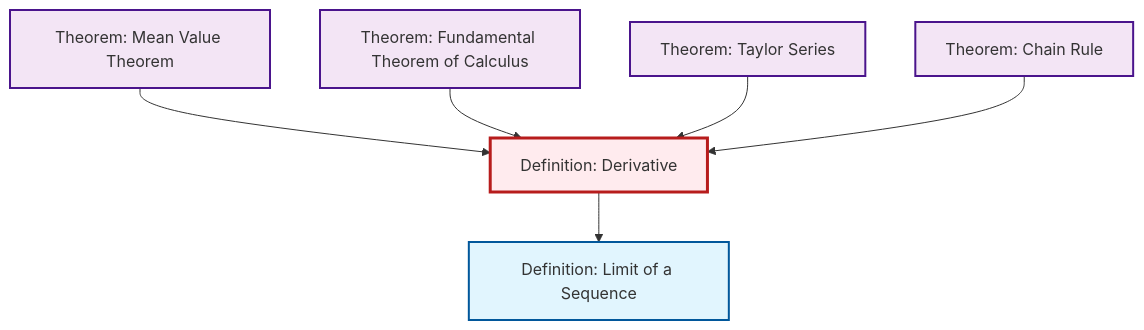
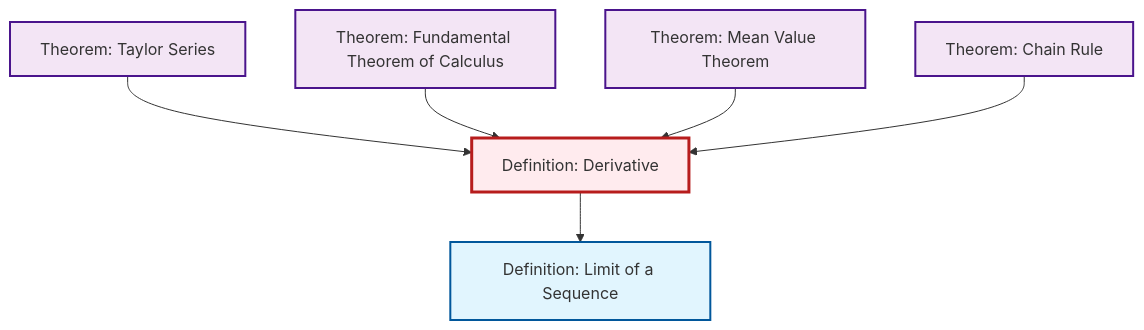
One commit to RK0429/ModernMath changed the second of 2 diagrams in content/ja/analysis/def-derivative.qmd. Above: the diagram before and after it, drawn with Mermaid. The commit also changed other lines of this file and 554 other files, not shown here.

````diff
--- a/content/ja/analysis/def-derivative.qmd
+++ b/content/ja/analysis/def-derivative.qmd
@@ -89,26 +89,26 @@
 ```{mermaid}
 %%| fig-cap: "Local dependency graph"
 graph TD
     classDef definition fill:#e1f5fe,stroke:#01579b,stroke-width:2px
     classDef theorem fill:#f3e5f5,stroke:#4a148c,stroke-width:2px
     classDef axiom fill:#fff3e0,stroke:#e65100,stroke-width:2px
     classDef example fill:#e8f5e9,stroke:#1b5e20,stroke-width:2px
     classDef current fill:#ffebee,stroke:#b71c1c,stroke-width:3px
+    thm-fundamental-calculus["Theorem: Fundamental Theorem of Calculus"]:::theorem
+    thm-chain-rule["Theorem: Chain Rule"]:::theorem
     thm-mean-value["Theorem: Mean Value Theorem"]:::theorem
+    thm-taylor-series["Theorem: Taylor Series"]:::theorem
     def-limit["Definition: Limit of a Sequence"]:::definition
-    thm-chain-rule["Theorem: Chain Rule"]:::theorem
     def-derivative["Definition: Derivative"]:::definition
-    thm-taylor-series["Theorem: Taylor Series"]:::theorem
-    thm-fundamental-calculus["Theorem: Fundamental Theorem of Calculus"]:::theorem
+    thm-taylor-series --> def-derivative
+    thm-fundamental-calculus --> def-derivative
     thm-mean-value --> def-derivative
+    thm-chain-rule --> def-derivative
     def-derivative --> def-limit
-    thm-fundamental-calculus --> def-derivative
-    thm-taylor-series --> def-derivative
-    thm-chain-rule --> def-derivative
     class def-derivative current
+    click thm-fundamental-calculus "thm-fundamental-calculus.html" "Theorem: Fundamental Theorem of Calculusへ"
+    click thm-chain-rule "thm-chain-rule.html" "Theorem: Chain Ruleへ"
     click thm-mean-value "thm-mean-value.html" "Theorem: Mean Value Theoremへ"
+    click thm-taylor-series "thm-taylor-series.html" "Theorem: Taylor Seriesへ"
     click def-limit "def-limit.html" "Definition: Limit of a Sequenceへ"
-    click thm-chain-rule "thm-chain-rule.html" "Theorem: Chain Ruleへ"
-    click thm-taylor-series "thm-taylor-series.html" "Theorem: Taylor Seriesへ"
-    click thm-fundamental-calculus "thm-fundamental-calculus.html" "Theorem: Fundamental Theorem of Calculusへ"
 ```
````
